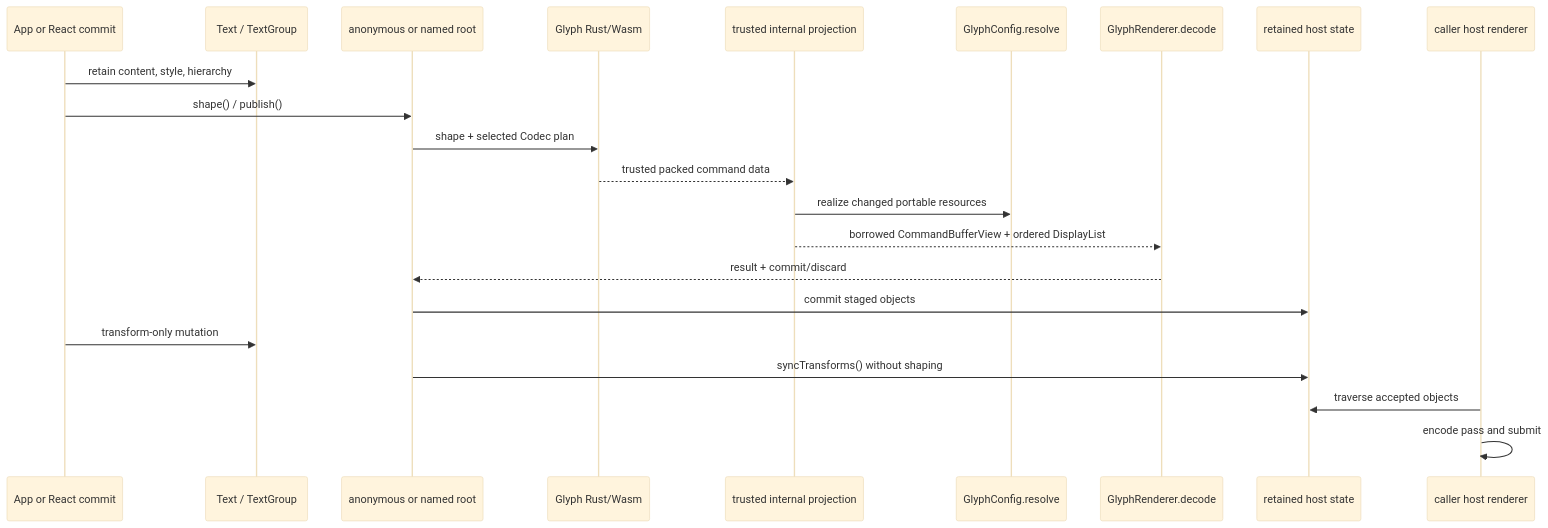
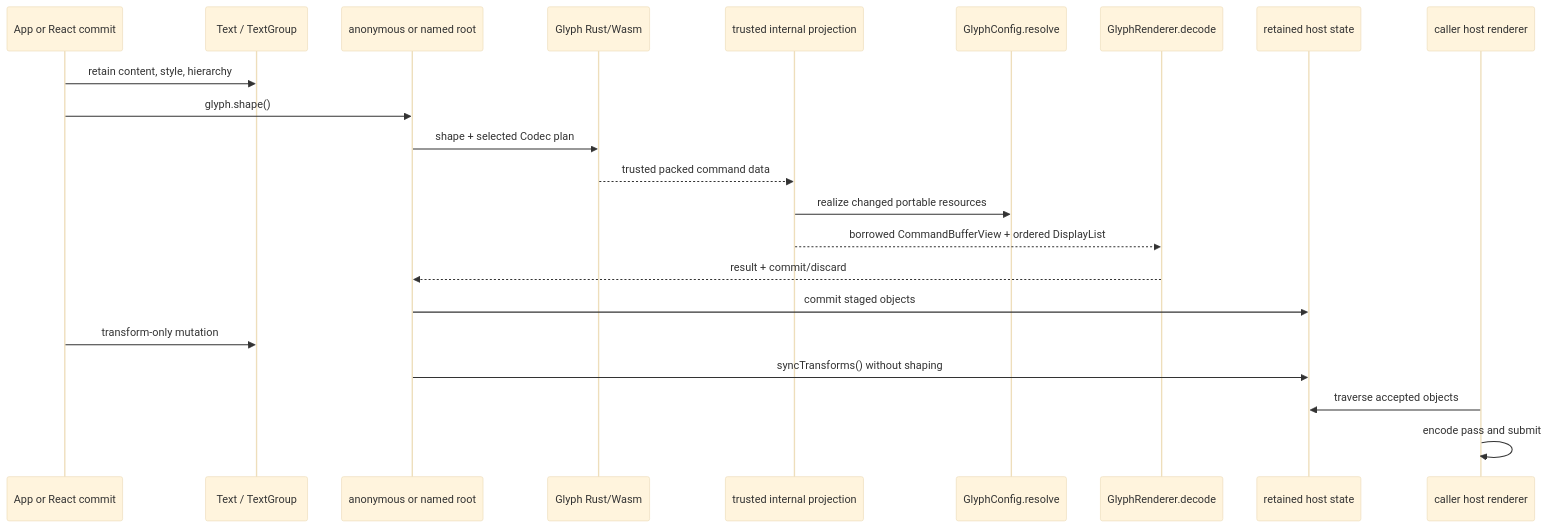
Before and after one commit to pmndrs/glyph: the second of 4 diagrams in docs/guides/renderer-integration.md, drawn with Mermaid (base theme). The commit also changed other lines of this file and 10 other files, not shown here.

````diff
--- a/docs/guides/renderer-integration.md
+++ b/docs/guides/renderer-integration.md
@@ -141,25 +142,25 @@
 ```mermaid
 sequenceDiagram
   participant App as App or React commit
   participant Text as Text / TextGroup
   participant Root as anonymous or named root
   participant Rust as Glyph Rust/Wasm
   participant Project as trusted internal projection
   participant Resolve as GlyphConfig.resolve
   participant Decode as GlyphRenderer.decode
   participant HostState as retained host state
   participant Host as caller host renderer
 
   App->>Text: retain content, style, hierarchy
-  App->>Root: shape() / publish()
+  App->>Root: glyph.shape()
   Root->>Rust: shape + selected Codec plan
   Rust-->>Project: trusted packed command data
   Project->>Resolve: realize changed portable resources
   Project-->>Decode: borrowed CommandBufferView + ordered DisplayList
   Decode-->>Root: result + commit/discard
   Root->>HostState: commit staged objects
   App->>Text: transform-only mutation
   Root->>HostState: syncTransforms() without shaping
   Host->>HostState: traverse accepted objects
   Host->>Host: encode pass and submit
 ```
````
